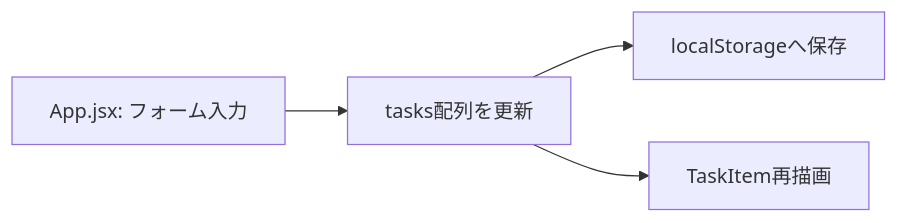
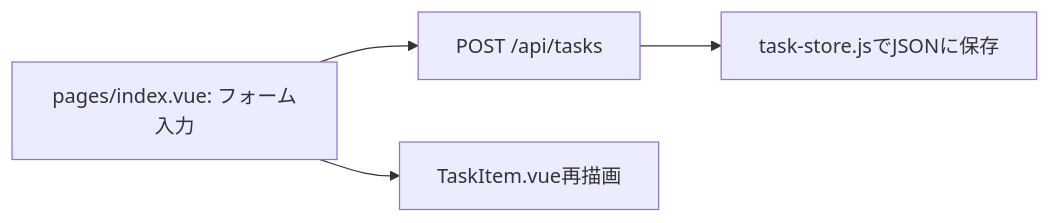
The first of 2 diagrams in .claude/skills/commit-and-pr/SKILL.md (akinaritakaishi/sample_todo), drawn with Mermaid before and after one commit. The commit also changed other lines of this file and 5 other files, not shown here.

````diff
--- a/.claude/skills/commit-and-pr/SKILL.md
+++ b/.claude/skills/commit-and-pr/SKILL.md
@@ -105,6 +105,6 @@
 ```mermaid
 flowchart LR
-    A[App.jsx: フォーム入力] --> B[tasks配列を更新]
-    B --> C[localStorageへ保存]
-    B --> D[TaskItem再描画]
+    A[pages/index.vue: フォーム入力] --> B[POST /api/tasks]
+    B --> C[task-store.jsでJSONに保存]
+    A --> D[TaskItem.vue再描画]
 ```
````
